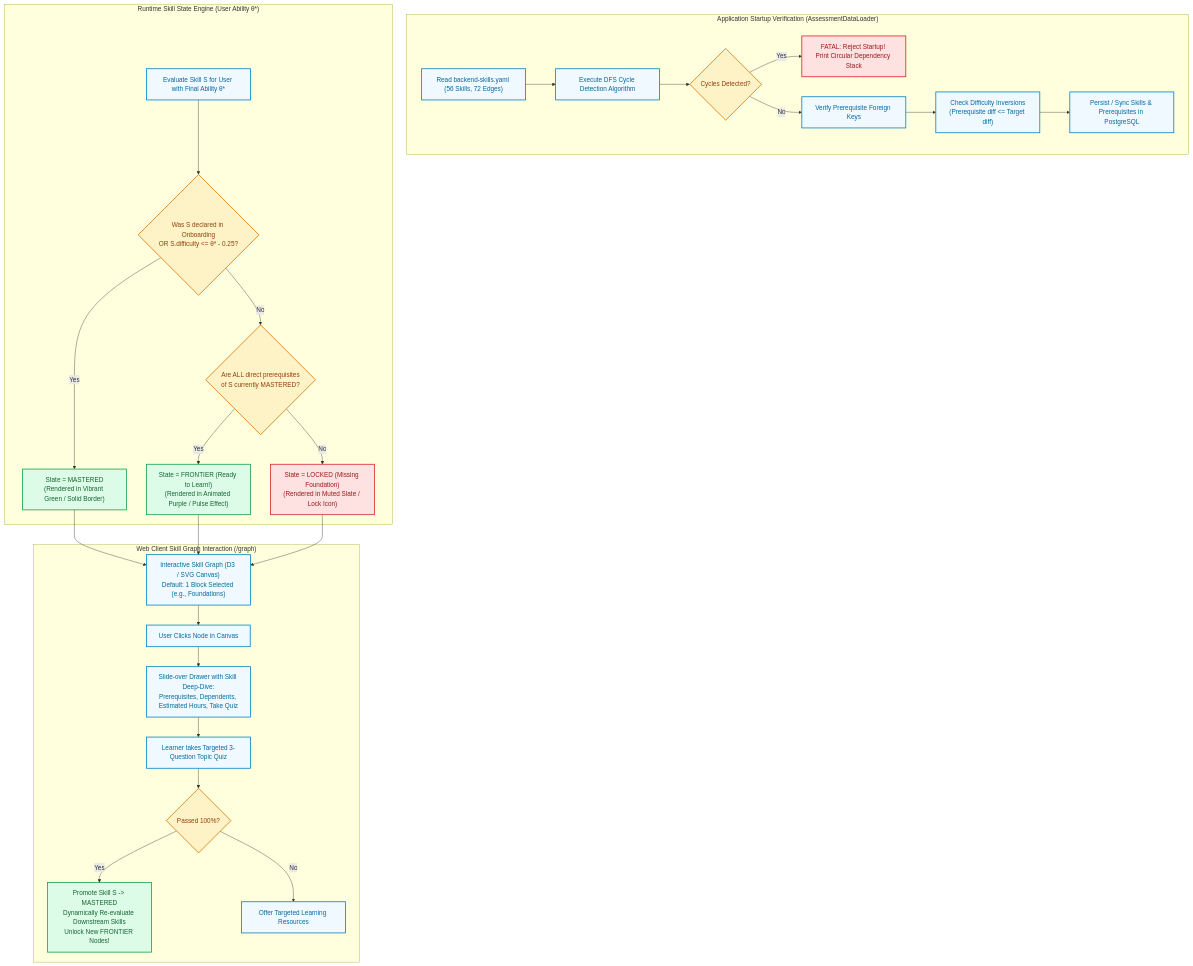
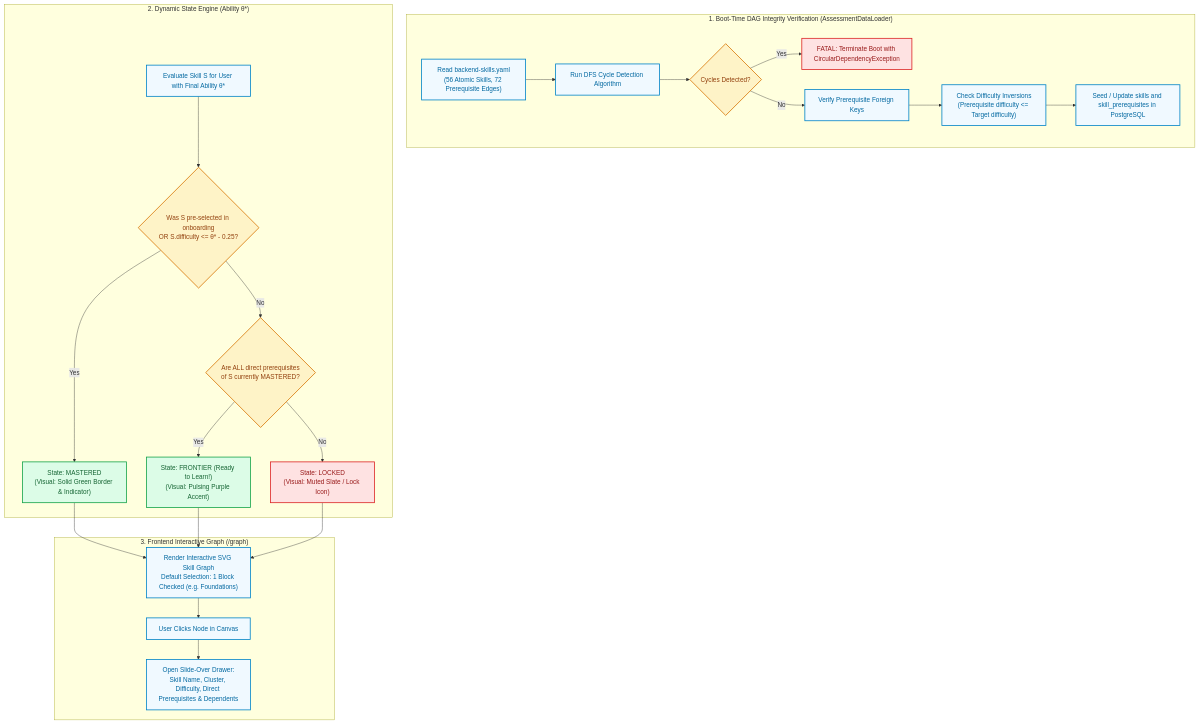
The ninth of 11 diagrams in DESIGN_FLOWCHARTS.md (LNCT-Unix/AI-Powered-Upskilling-Platform), drawn with Mermaid before and after one commit. The commit also changed other lines of this file, not shown here.

Commit message:
Updated flowcharts

````diff
--- a/DESIGN_FLOWCHARTS.md
+++ b/DESIGN_FLOWCHARTS.md
@@ -551,40 +477,36 @@
 ```mermaid
 flowchart TD
-    subgraph BootTime ["Application Startup Verification (AssessmentDataLoader)"]
-        LOAD_YAML["Read backend-skills.yaml (56 Skills, 72 Edges)"] --> CYCLE_DET["Execute DFS Cycle Detection Algorithm"]
-        CYCLE_DET --> CYCLE_CHECK{Cycles Detected?}
-        CYCLE_CHECK -- Yes --> THROW_BOOT_ERR["FATAL: Reject Startup! Print Circular Dependency Stack"]
-        CYCLE_CHECK -- No --> ORPHAN_CHECK["Verify Prerequisite Foreign Keys"]
-        ORPHAN_CHECK --> INVERSION_CHECK["Check Difficulty Inversions<br/>(Prerequisite diff <= Target diff)"]
-        INVERSION_CHECK --> SEED_DB["Persist / Sync Skills & Prerequisites in PostgreSQL"]
+    subgraph StartupVerification ["1. Boot-Time DAG Integrity Verification (AssessmentDataLoader)"]
+        LOAD_YAML["Read backend-skills.yaml<br/>(56 Atomic Skills, 72 Prerequisite Edges)"] --> DFS_CYCLE["Run DFS Cycle Detection Algorithm"]
+        DFS_CYCLE --> CYCLE_FOUND{Cycles Detected?}
+        CYCLE_FOUND -- Yes --> BOOT_FAIL["FATAL: Terminate Boot with CircularDependencyException"]
+        CYCLE_FOUND -- No --> ORPHAN_CHECK["Verify Prerequisite Foreign Keys"]
+        ORPHAN_CHECK --> INVERSION_CHECK["Check Difficulty Inversions<br/>(Prerequisite difficulty <= Target difficulty)"]
+        INVERSION_CHECK --> DB_SYNC["Seed / Update skills and skill_prerequisites in PostgreSQL"]
     end
 
-    subgraph RuntimeClassification ["Runtime Skill State Engine (User Ability θ*)"]
-        START_EVAL["Evaluate Skill S for User with Final Ability θ*"] --> CHECK_PRE_SELECTED{Was S declared in Onboarding<br/>OR S.difficulty <= θ* - 0.25?}
-        CHECK_PRE_SELECTED -- Yes --> MARK_MASTERED["State = MASTERED<br/>(Rendered in Vibrant Green / Solid Border)"]
+    subgraph RuntimeClassification ["2. Dynamic State Engine (Ability θ*)"]
+        EVAL_SKILL["Evaluate Skill S for User with Final Ability θ*"] --> CHECK_MASTERY{Was S pre-selected in onboarding<br/>OR S.difficulty <= θ* - 0.25?}
+        CHECK_MASTERY -- Yes --> STATE_MASTERED["State: MASTERED<br/>(Visual: Solid Green Border & Indicator)"]
         
-        CHECK_PRE_SELECTED -- No --> CHECK_PREREQS{Are ALL direct prerequisites<br/>of S currently MASTERED?}
-        CHECK_PREREQS -- Yes --> MARK_FRONTIER["State = FRONTIER (Ready to Learn!)<br/>(Rendered in Animated Purple / Pulse Effect)"]
-        CHECK_PREREQS -- No --> MARK_LOCKED["State = LOCKED (Missing Foundation)<br/>(Rendered in Muted Slate / Lock Icon)"]
+        CHECK_MASTERY -- No --> CHECK_EDGES{Are ALL direct prerequisites<br/>of S currently MASTERED?}
+        CHECK_EDGES -- Yes --> STATE_FRONTIER["State: FRONTIER (Ready to Learn!)<br/>(Visual: Pulsing Purple Accent)"]
+        CHECK_EDGES -- No --> STATE_LOCKED["State: LOCKED<br/>(Visual: Muted Slate / Lock Icon)"]
     end
 
-    subgraph InteractiveUI ["Web Client Skill Graph Interaction (/graph)"]
-        MARK_MASTERED & MARK_FRONTIER & MARK_LOCKED --> RENDER_SVG["Interactive Skill Graph (D3 / SVG Canvas)<br/>Default: 1 Block Selected (e.g., Foundations)"]
-        RENDER_SVG --> USER_CLICK_NODE["User Clicks Node in Canvas"]
-        USER_CLICK_NODE --> OPEN_DRAWER["Slide-over Drawer with Skill Deep-Dive:<br/>Prerequisites, Dependents, Estimated Hours, Take Quiz"]
-        OPEN_DRAWER --> TAKE_TOPIC_QUIZ["Learner takes Targeted 3-Question Topic Quiz"]
-        TAKE_TOPIC_QUIZ --> QUIZ_RESULT{Passed 100%?}
-        QUIZ_RESULT -- Yes --> PROMOTE_SKILL["Promote Skill S -> MASTERED<br/>Dynamically Re-evaluate Downstream Skills<br/>Unlock New FRONTIER Nodes!"]
-        QUIZ_RESULT -- No --> RETRY_TOPIC["Offer Targeted Learning Resources"]
+    subgraph UserInterface ["3. Frontend Interactive Graph (/graph)"]
+        STATE_MASTERED & STATE_FRONTIER & STATE_LOCKED --> RENDER_CANVAS["Render Interactive SVG Skill Graph<br/>Default Selection: 1 Block Checked (e.g. Foundations)"]
+        RENDER_CANVAS --> CLICK_NODE["User Clicks Node in Canvas"]
+        CLICK_NODE --> NODE_DETAILS["Open Slide-Over Drawer:<br/>Skill Name, Cluster, Difficulty, Direct Prerequisites & Dependents"]
     end
 
     classDef proc fill:#f0f9ff,stroke:#0284c7,stroke-width:2px,color:#0369a1;
-    classDef test fill:#fef3c7,stroke:#d97706,stroke-width:2px,color:#92400e;
-    classDef success fill:#dcfce7,stroke:#16a34a,stroke-width:2px,color:#166534;
-    classDef warning fill:#fee2e2,stroke:#dc2626,stroke-width:2px,color:#991b1b;
+    classDef check fill:#fef3c7,stroke:#d97706,stroke-width:2px,color:#92400e;
+    classDef ok fill:#dcfce7,stroke:#16a34a,stroke-width:2px,color:#166534;
+    classDef fail fill:#fee2e2,stroke:#dc2626,stroke-width:2px,color:#991b1b;
 
-    class LOAD_YAML,CYCLE_DET,ORPHAN_CHECK,INVERSION_CHECK,SEED_DB,START_EVAL,RENDER_SVG,USER_CLICK_NODE,OPEN_DRAWER,TAKE_TOPIC_QUIZ,RETRY_TOPIC proc;
-    class CYCLE_CHECK,CHECK_PRE_SELECTED,CHECK_PREREQS,QUIZ_RESULT test;
-    class MARK_MASTERED,MARK_FRONTIER,PROMOTE_SKILL success;
-    class THROW_BOOT_ERR,MARK_LOCKED warning;
+    class LOAD_YAML,DFS_CYCLE,ORPHAN_CHECK,INVERSION_CHECK,DB_SYNC,EVAL_SKILL,RENDER_CANVAS,CLICK_NODE,NODE_DETAILS proc;
+    class CYCLE_FOUND,CHECK_MASTERY,CHECK_EDGES check;
+    class STATE_MASTERED,STATE_FRONTIER ok;
+    class BOOT_FAIL,STATE_LOCKED fail;
 ```
````
